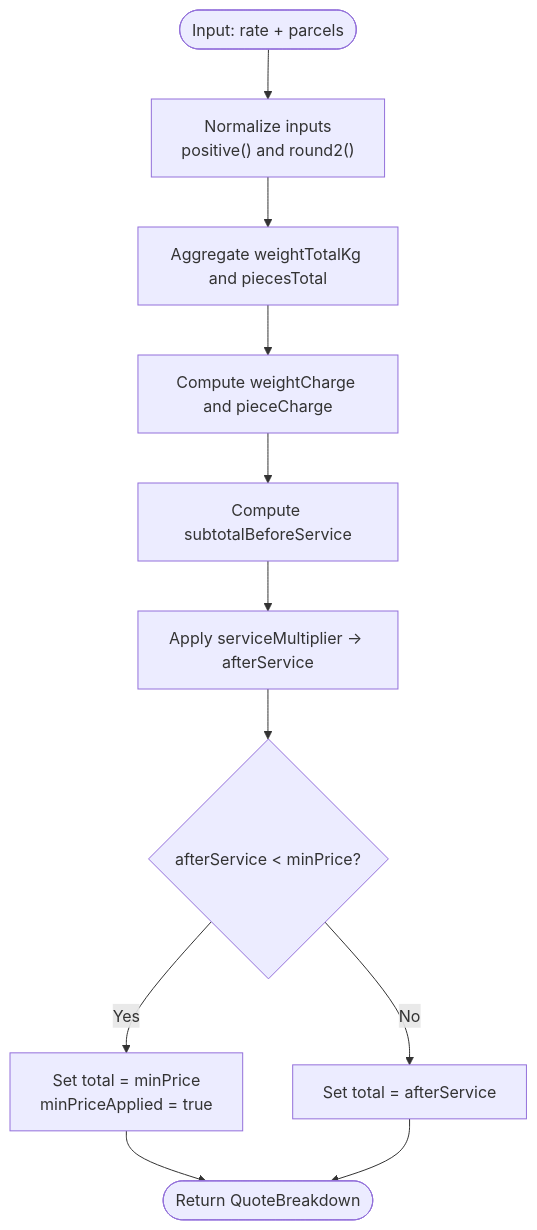
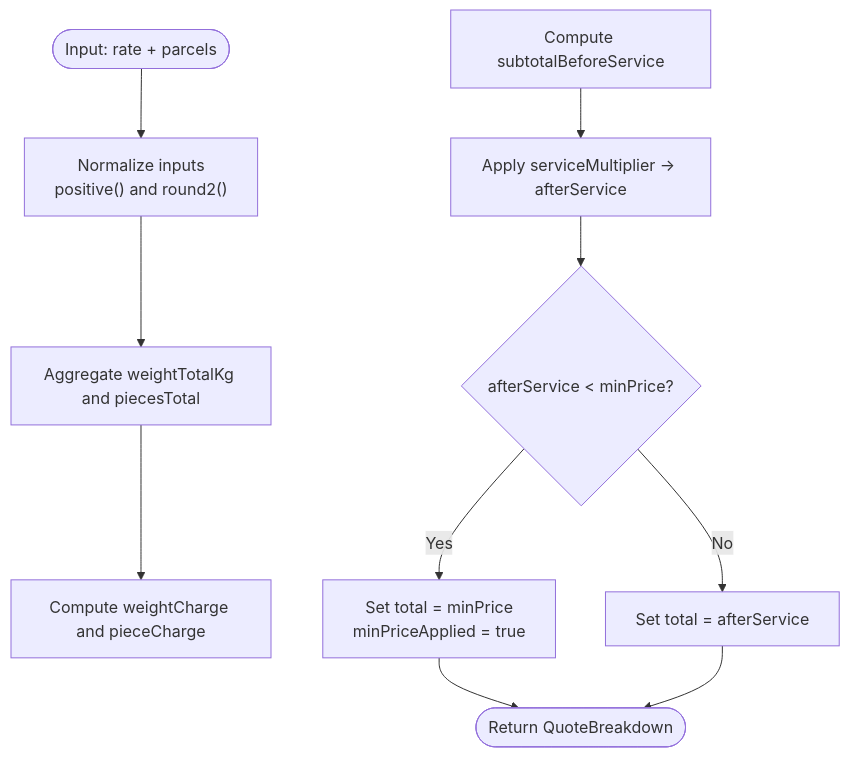
Before and after one commit to gyamposudodzi/Timberland: the third of 8 diagrams in .qoder/repowiki/en/content/Testing Guide.md, drawn with Mermaid. The commit also changed other lines of this file and 28 other files, not shown here.

````diff
--- a/.qoder/repowiki/en/content/Testing Guide.md
+++ b/.qoder/repowiki/en/content/Testing Guide.md
@@ -204,13 +216,12 @@
 ```mermaid
 flowchart TD
 Start(["Input: rate + parcels"]) --> Clean["Normalize inputs<br/>positive() and round2()"]
 Clean --> Aggregate["Aggregate weightTotalKg and piecesTotal"]
 Aggregate --> Charges["Compute weightCharge and pieceCharge"]
-Charges --> Subtotal["Compute subtotalBeforeService"]
-Subtotal --> ApplyService["Apply serviceMultiplier -> afterService"]
+Subtotal["Compute subtotalBeforeService"] --> ApplyService["Apply serviceMultiplier -> afterService"]
 ApplyService --> Floor{"afterService < minPrice?"}
 Floor --> |Yes| SetMin["Set total = minPrice<br/>minPriceApplied = true"]
 Floor --> |No| KeepAfter["Set total = afterService"]
 SetMin --> End(["Return QuoteBreakdown"])
 KeepAfter --> End
 ```
````
